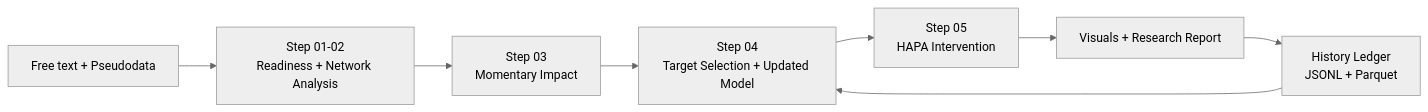
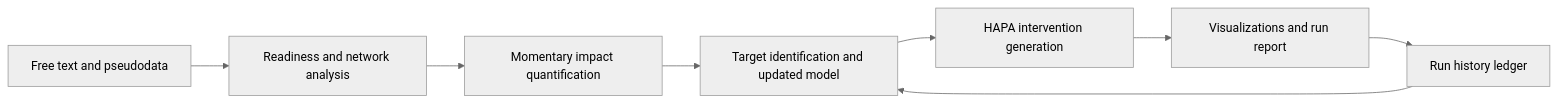
One commit to stvsever/ThesisMaster changed the diagram in README.md. Above: the diagram before and after it, drawn with Mermaid (neutral theme). The commit also changed other lines of this file and 14 other files, not shown here.

````diff
--- a/README.md
+++ b/README.md
@@ -66,10 +73,10 @@
 ```mermaid
 flowchart LR
-    A["Free text + Pseudodata"] --> B["Step 01-02<br/>Readiness + Network Analysis"]
-    B --> C["Step 03<br/>Momentary Impact"]
-    C --> D["Step 04<br/>Target Selection + Updated Model"]
-    D --> E["Step 05<br/>HAPA Intervention"]
-    E --> F["Visuals + Research Report"]
-    F --> G["History Ledger<br/>JSONL + Parquet"]
+    A["Free text and pseudodata"] --> B["Readiness and network analysis"]
+    B --> C["Momentary impact quantification"]
+    C --> D["Target identification and updated model"]
+    D --> E["HAPA intervention generation"]
+    E --> F["Visualizations and run report"]
+    F --> G["Run history ledger"]
     G --> D
 ```
````
